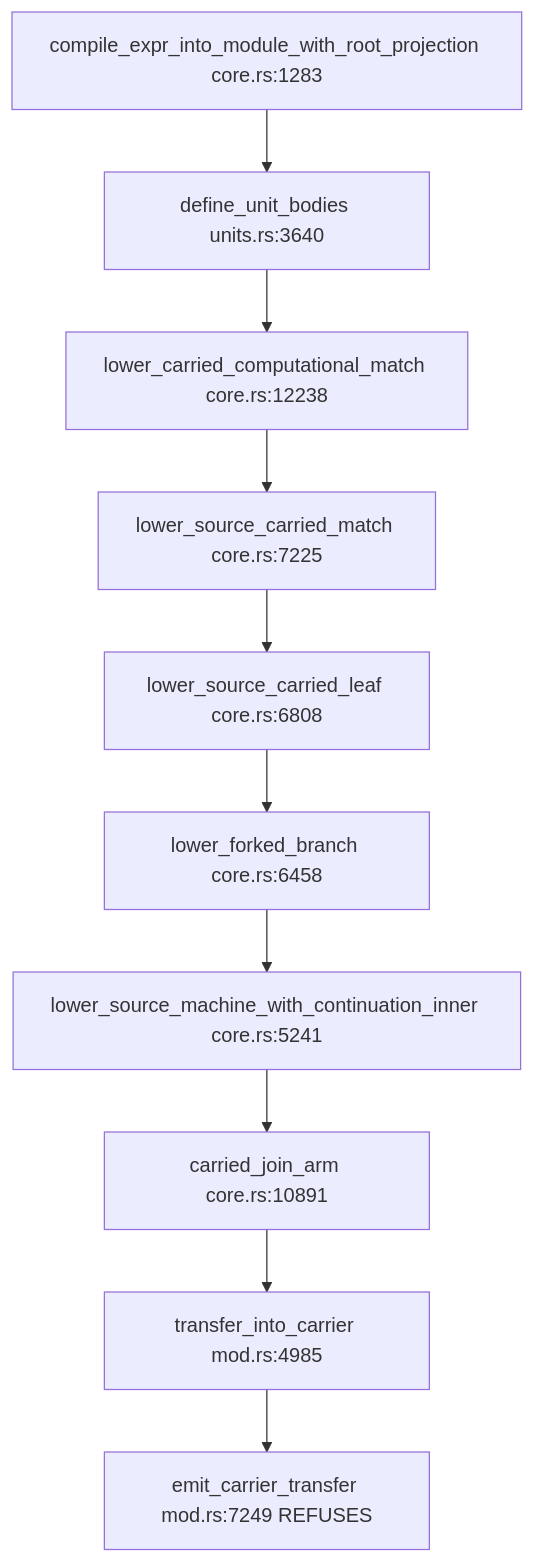
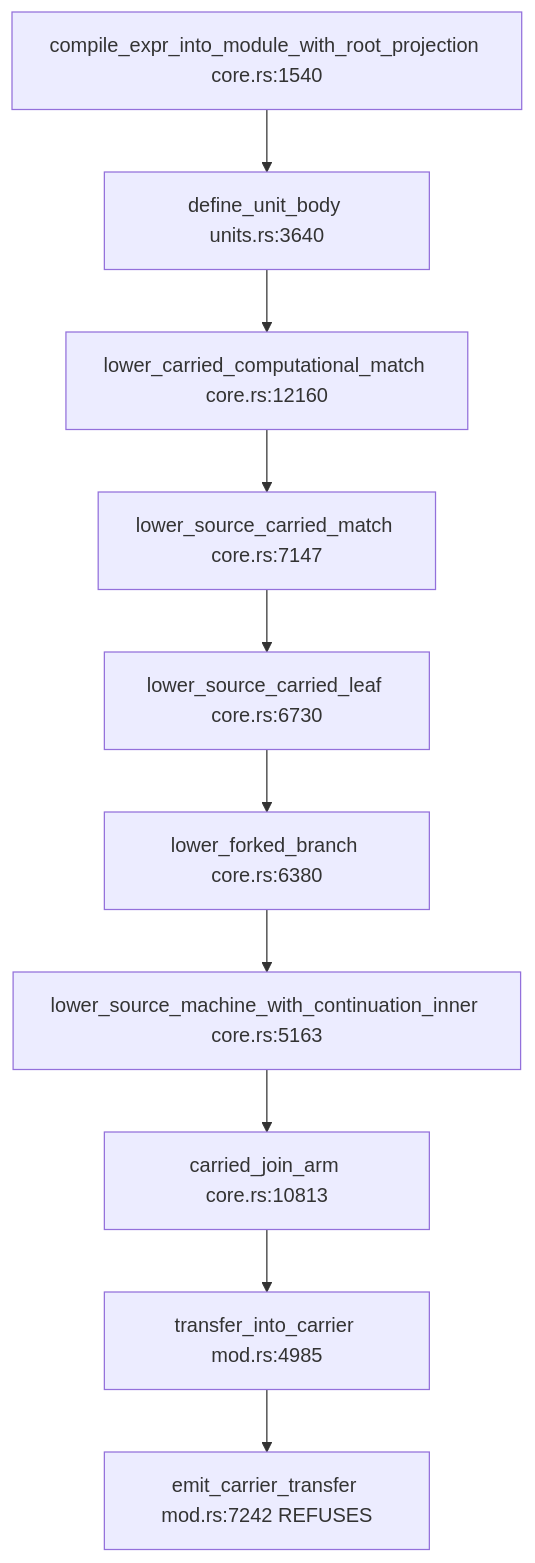
The diagram in docs/program/wp/RT-MATCH-RECURSOR-CONSUMERS-D0-D1.md (ken-topos/ken), drawn with Mermaid before and after one commit. The commit also changed other lines of this file, not shown here.

Commit message:
RT-MATCH-RECURSOR-CONSUMERS D0/D1: correct the causal chain's line numbers to the candidate's own base
The D0/D1 backtrace was captured with temporary instrumentation in the
worktree, which displaced core.rs by a uniform +78 lines and the
emit_carrier_transfer refusal arm in mod.rs by +7. Those displaced coordinates
were written into the record, so every one of them resolves to a real but WRONG
line in the tree a reader actually has -- carried_join_arm cited at core.rs:10842
when it is at 10764 at base 89aa1550.

Each coordinate is now re-derived by name against this candidate's base and
verified to land on the intended call. The attribution is unchanged and never
depended on the numbers: the owner is carried_join_arm either way, and the
function names are the load-bearing handle.

Docs only; crates/ remains byte-identical to 89aa1550.

````diff
--- a/docs/program/wp/RT-MATCH-RECURSOR-CONSUMERS-D0-D1.md
+++ b/docs/program/wp/RT-MATCH-RECURSOR-CONSUMERS-D0-D1.md
@@ -237,12 +237,12 @@
 ```mermaid
 graph TD
-  A[compile_expr_into_module_with_root_projection core.rs:1283] --> B[define_unit_bodies units.rs:3640]
-  B --> C[lower_carried_computational_match core.rs:12238]
-  C --> D[lower_source_carried_match core.rs:7225]
-  D --> E[lower_source_carried_leaf core.rs:6808]
-  E --> F[lower_forked_branch core.rs:6458]
-  F --> G[lower_source_machine_with_continuation_inner core.rs:5241]
-  G --> H[carried_join_arm core.rs:10891]
+  A[compile_expr_into_module_with_root_projection core.rs:1540] --> B[define_unit_body units.rs:3640]
+  B --> C[lower_carried_computational_match core.rs:12160]
+  C --> D[lower_source_carried_match core.rs:7147]
+  D --> E[lower_source_carried_leaf core.rs:6730]
+  E --> F[lower_forked_branch core.rs:6380]
+  F --> G[lower_source_machine_with_continuation_inner core.rs:5163]
+  G --> H[carried_join_arm core.rs:10813]
   H --> I[transfer_into_carrier mod.rs:4985]
-  I --> J[emit_carrier_transfer mod.rs:7249 REFUSES]
+  I --> J[emit_carrier_transfer mod.rs:7242 REFUSES]
 ```
````
